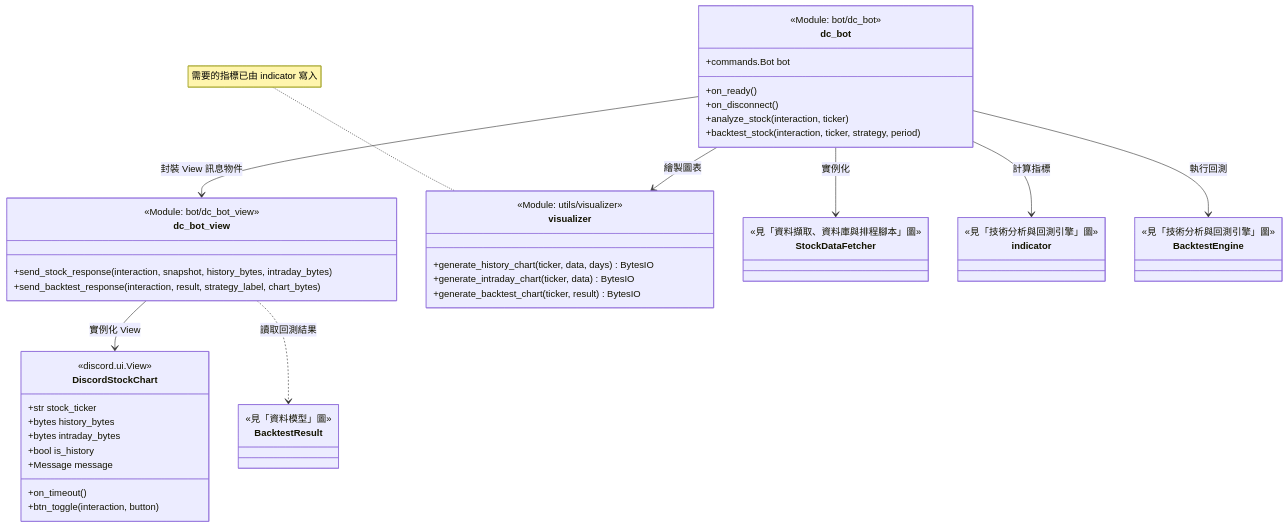
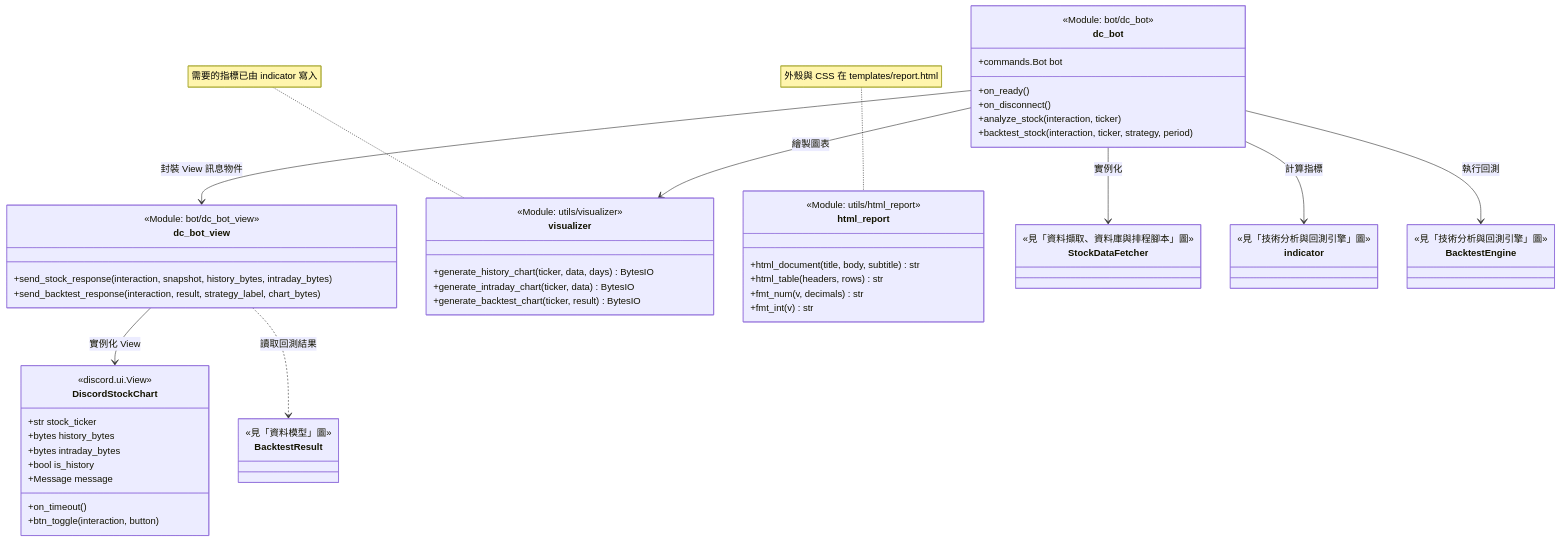
The third of 4 diagrams in docs/UML.md (JialaChang/Stock-Bot), drawn with Mermaid before and after one commit. The commit also changed other lines of this file and 7 other files, not shown here.

Commit message:
feat(utils): add shared HTML report layer for price and backtest exports

````diff
--- a/docs/UML.md
+++ b/docs/UML.md
@@ -150,59 +155,68 @@
 ```mermaid
 classDiagram
     direction TB
 
     class dc_bot {
         <<Module: bot/dc_bot>>
         +commands.Bot bot
         +on_ready()
         +on_disconnect()
         +analyze_stock(interaction, ticker)
         +backtest_stock(interaction, ticker, strategy, period)
     }
 
     class dc_bot_view {
         <<Module: bot/dc_bot_view>>
         +send_stock_response(interaction, snapshot, history_bytes, intraday_bytes)
         +send_backtest_response(interaction, result, strategy_label, chart_bytes)
     }
 
     class DiscordStockChart {
         <<discord.ui.View>>
         +str stock_ticker
         +bytes history_bytes
         +bytes intraday_bytes
         +bool is_history
         +Message message
         +on_timeout()
         +btn_toggle(interaction, button)
     }
 
     class visualizer {
         <<Module: utils/visualizer>>
         +generate_history_chart(ticker, data, days) BytesIO
         +generate_intraday_chart(ticker, data) BytesIO
         +generate_backtest_chart(ticker, result) BytesIO
     }
     note for visualizer "需要的指標已由 indicator 寫入"
 
+    class html_report {
+        <<Module: utils/html_report>>
+        +html_document(title, body, subtitle) str
+        +html_table(headers, rows) str
+        +fmt_num(v, decimals) str
+        +fmt_int(v) str
+    }
+    note for html_report "外殼與 CSS 在 templates/report.html"
+
     class StockDataFetcher {
         <<見「資料擷取、資料庫與排程腳本」圖>>
     }
     class indicator {
         <<見「技術分析與回測引擎」圖>>
     }
     class BacktestEngine {
         <<見「技術分析與回測引擎」圖>>
     }
     class BacktestResult {
         <<見「資料模型」圖>>
     }
 
     dc_bot --> StockDataFetcher : 實例化
     dc_bot --> indicator : 計算指標
     dc_bot --> visualizer : 繪製圖表
     dc_bot --> dc_bot_view : 封裝 View 訊息物件
     dc_bot --> BacktestEngine : 執行回測
     dc_bot_view --> DiscordStockChart : 實例化 View
     dc_bot_view ..> BacktestResult : 讀取回測結果
 ```
````
